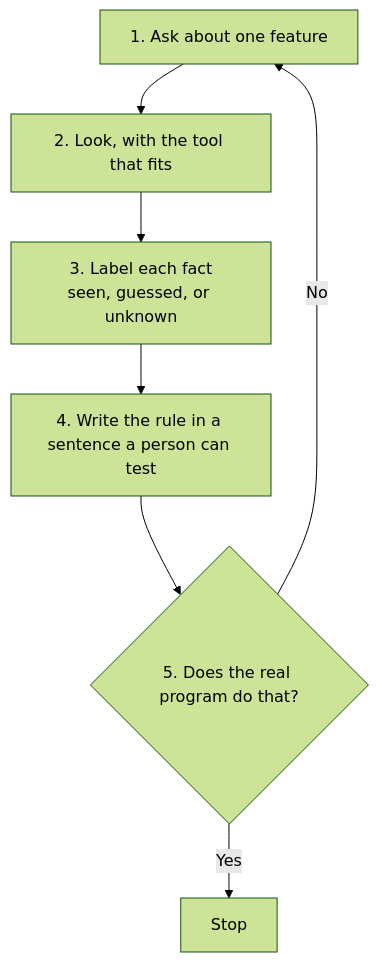
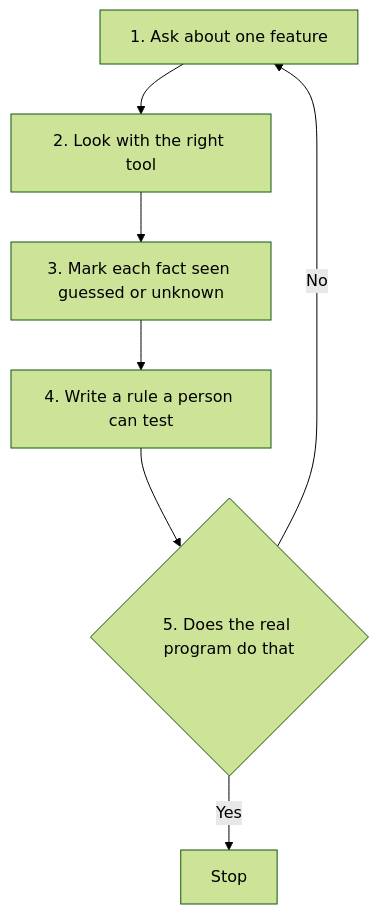
One commit to FirePheonix/cognitive changed the third of 6 diagrams in content/docs/mdx/part-10-field-notes/chapter-27-reverse-engineer-anything/index.mdx. Above: the diagram before and after it, drawn with Mermaid (forest theme). The commit also changed other lines of this file and 6 other files, not shown here.

Commit message:
Add the books page and fix the reverse-engineering flowcharts.

````diff
--- a/content/docs/mdx/part-10-field-notes/chapter-27-reverse-engineer-anything/index.mdx
+++ b/content/docs/mdx/part-10-field-notes/chapter-27-reverse-engineer-anything/index.mdx
@@ -106,9 +106,9 @@
 ```mermaid
 flowchart TD
-  Ask["1. Ask about one feature"] --> Look["2. Look, with the tool that fits"]
-  Look --> Label["3. Label each fact<br/>seen, guessed, or unknown"]
-  Label --> Rule["4. Write the rule in a sentence a person can test"]
-  Rule --> Check{"5. Does the real program do that?"}
+  Ask["1. Ask about one feature"] --> Look["2. Look with the right tool"]
+  Look --> Label["3. Mark each fact seen guessed or unknown"]
+  Label --> Rule["4. Write a rule a person can test"]
+  Rule --> Check{"5. Does the real program do that"}
   Check -->|Yes| Stop["Stop"]
   Check -->|No| Ask
 ```
````
